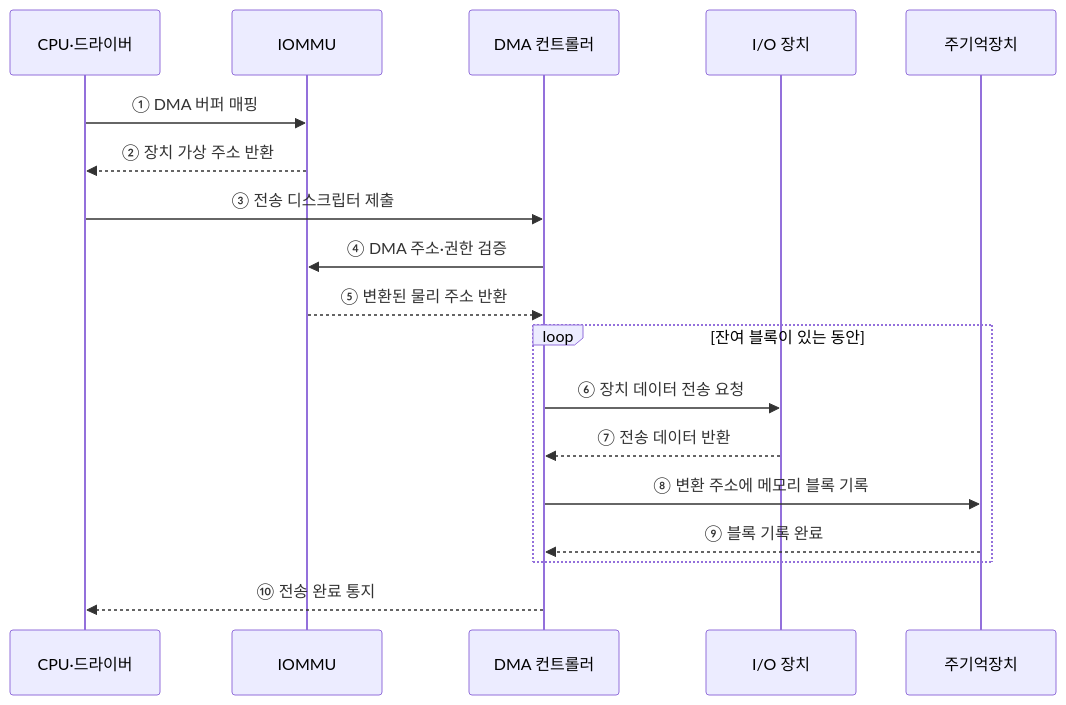
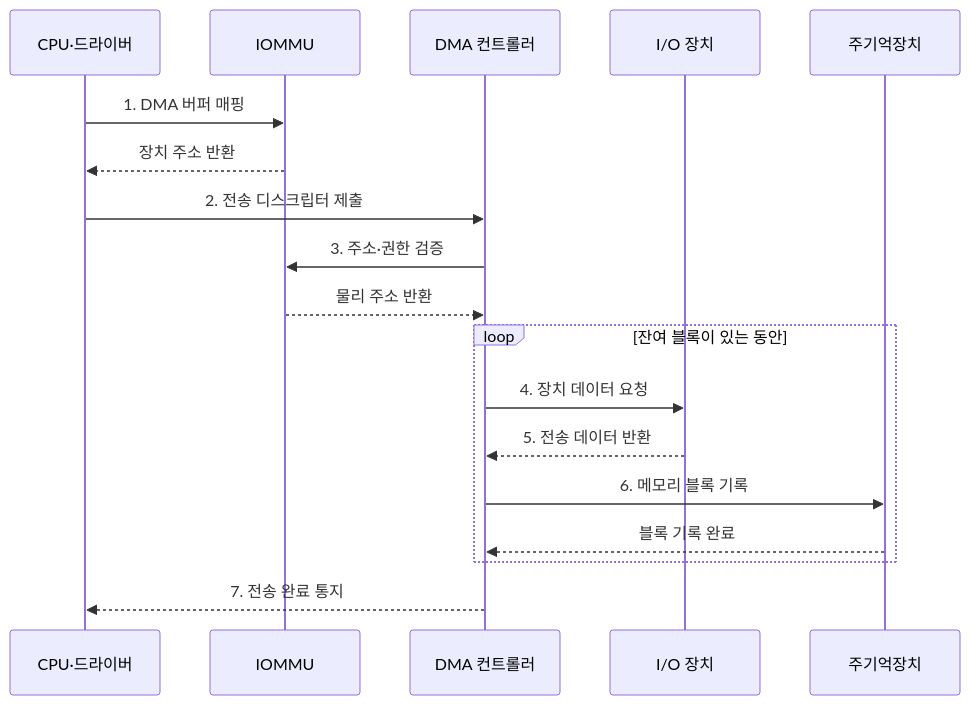
One commit to agnusdei1207/knowledge-base changed the second of 2 diagrams in src/content/docs/notes/02-hardware/035_dma.md. Above: the diagram before and after it, drawn with Mermaid. The commit also changed other lines of this file and 20 other files, not shown here.

````diff
--- a/src/content/docs/notes/02-hardware/035_dma.md
+++ b/src/content/docs/notes/02-hardware/035_dma.md
@@ -74,20 +85,20 @@
 ```mermaid
 sequenceDiagram
     participant C as CPU·드라이버
     participant U as IOMMU
     participant D as DMA 컨트롤러
     participant I as I/O 장치
     participant M as 주기억장치
-    C->>U: ① DMA 버퍼 매핑
-    U-->>C: ② 장치 가상 주소 반환
-    C->>D: ③ 전송 디스크립터 제출
-    D->>U: ④ DMA 주소·권한 검증
-    U-->>D: ⑤ 변환된 물리 주소 반환
+    C->>U: 1. DMA 버퍼 매핑
+    U-->>C: 장치 주소 반환
+    C->>D: 2. 전송 디스크립터 제출
+    D->>U: 3. 주소·권한 검증
+    U-->>D: 물리 주소 반환
     loop 잔여 블록이 있는 동안
-        D->>I: ⑥ 장치 데이터 전송 요청
-        I-->>D: ⑦ 전송 데이터 반환
-        D->>M: ⑧ 변환 주소에 메모리 블록 기록
-        M-->>D: ⑨ 블록 기록 완료
+        D->>I: 4. 장치 데이터 요청
+        I-->>D: 5. 전송 데이터 반환
+        D->>M: 6. 메모리 블록 기록
+        M-->>D: 블록 기록 완료
     end
-    D-->>C: ⑩ 전송 완료 통지
+    D-->>C: 7. 전송 완료 통지
 ```
````
